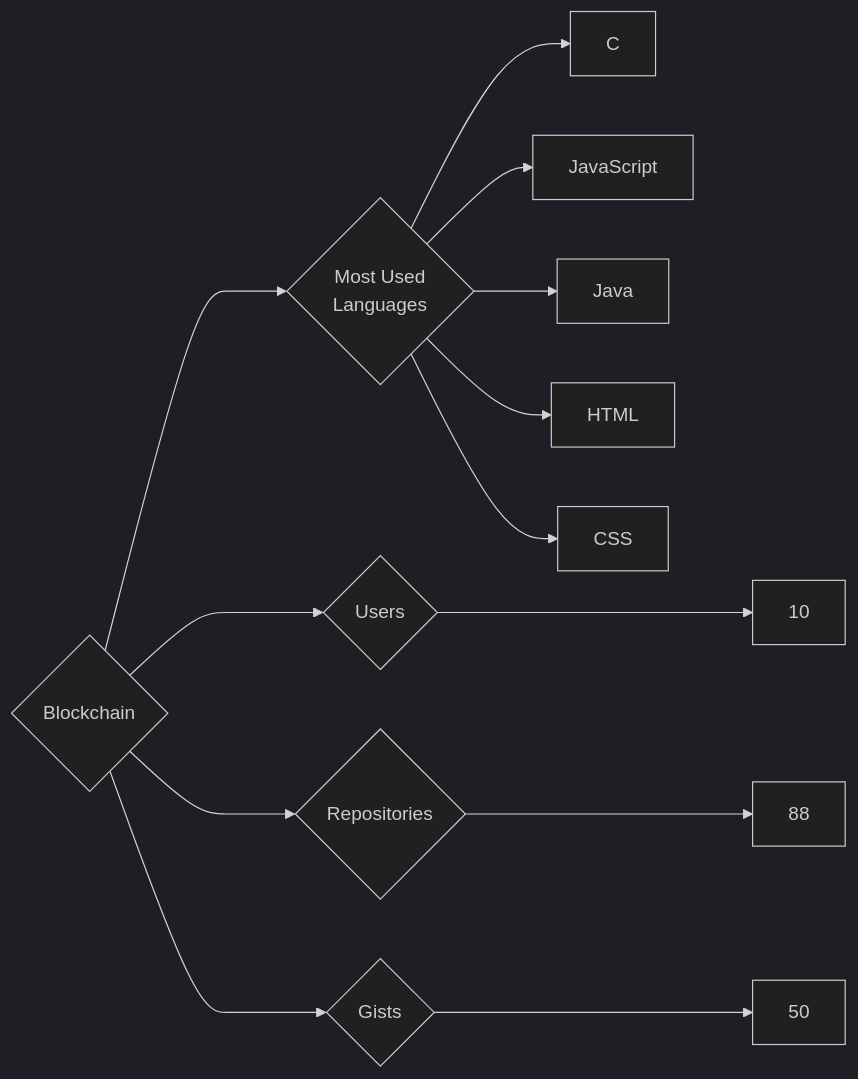
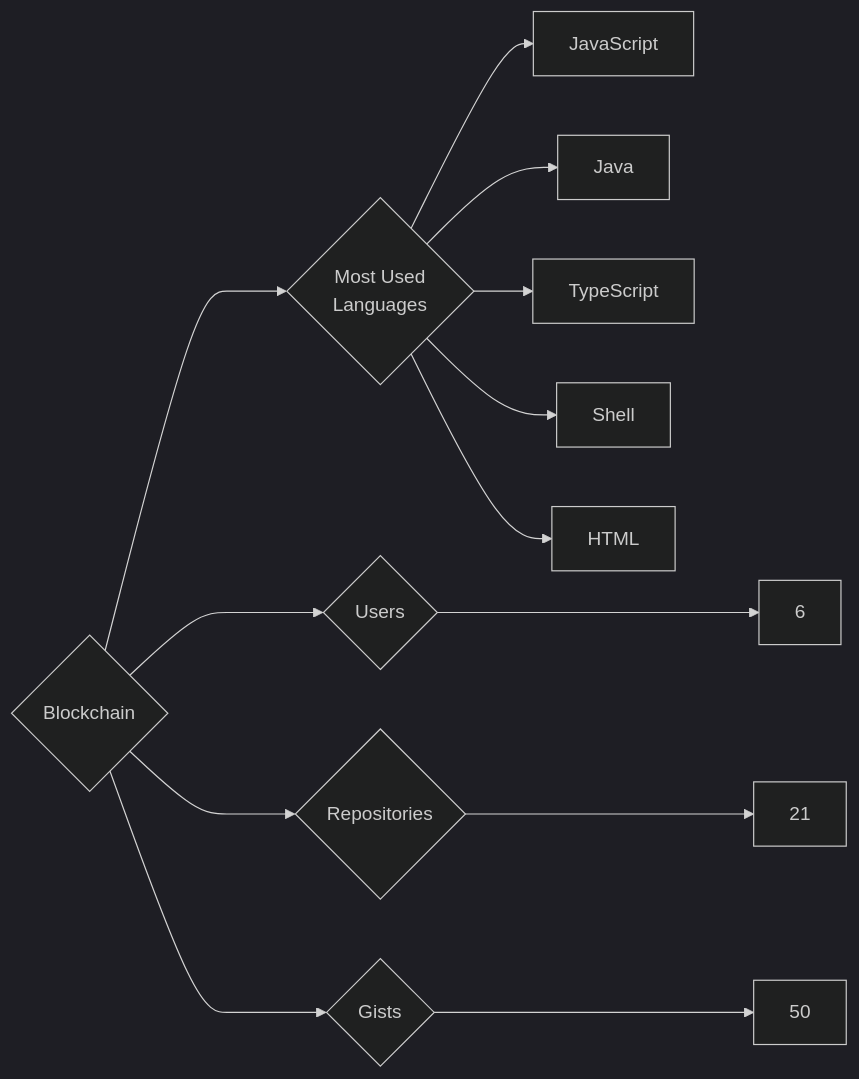
One commit to trickest/insiders changed the diagram in targets/Blockchain/README.md. Above: the diagram before and after it, drawn with Mermaid (dark theme). The commit also changed 993 other files, not shown here.

````diff
--- a/targets/Blockchain/README.md
+++ b/targets/Blockchain/README.md
@@ -3,13 +3,13 @@
 ```mermaid
 graph LR
 COMPANY_NAME{Blockchain}
-COMPANY_NAME ---> U{Users} ---> UN[10]
-COMPANY_NAME ---> R{Repositories} ---> RN[88]
+COMPANY_NAME ---> U{Users} ---> UN[6]
+COMPANY_NAME ---> R{Repositories} ---> RN[21]
 COMPANY_NAME ---> G{Gists} ---> GN[50]
 COMPANY_NAME ---> ML{Most Used<br>Languages}
-ML --> C[C]
 ML --> JavaScript[JavaScript]
 ML --> Java[Java]
+ML --> TypeScript[TypeScript]
+ML --> Shell[Shell]
 ML --> HTML[HTML]
-ML --> CSS[CSS]
 ```
````
